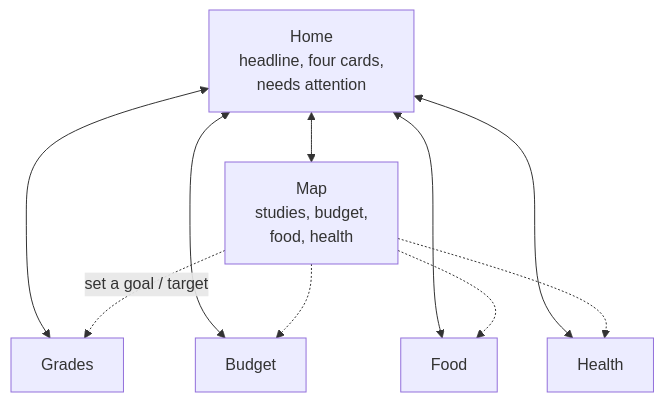
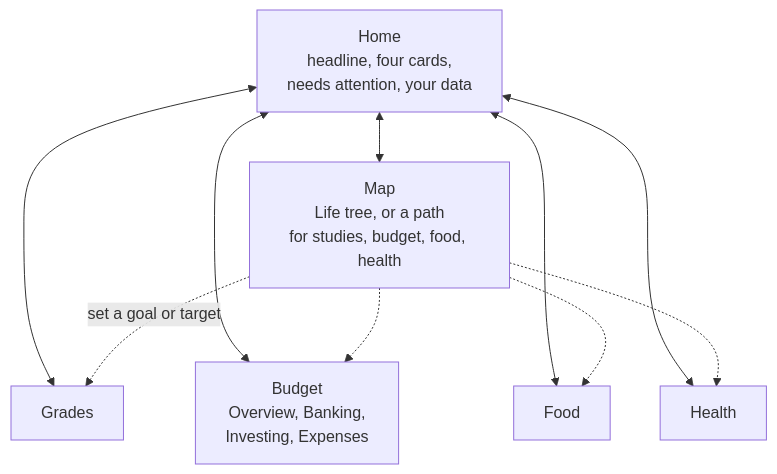
The first of 6 diagrams in docs/02-design/app-flow.md (sih2006/Everything-A-Monash-Malaysia-Student-Would-Need), drawn with Mermaid before and after one commit. The commit also changed other lines of this file and 30 other files, not shown here.

````diff
--- a/docs/02-design/app-flow.md
+++ b/docs/02-design/app-flow.md
@@ -9,19 +9,19 @@
 ```mermaid
 flowchart TB
-  home[Home<br/>headline, four cards,<br/>needs attention]
-  map[Map<br/>studies, budget,<br/>food, health]
+  home[Home<br/>headline, four cards,<br/>needs attention, your data]
+  map[Map<br/>Life tree, or a path<br/>for studies, budget, food, health]
   grades[Grades]
-  budget[Budget]
+  budget[Budget<br/>Overview, Banking,<br/>Investing, Expenses]
   food[Food]
   health[Health]
 
   home <--> map
   home <--> grades
   home <--> budget
   home <--> food
   home <--> health
-  map -.->|"set a goal / target"| grades
+  map -.->|"set a goal or target"| grades
   map -.-> budget
   map -.-> food
   map -.-> health
 ```
````
